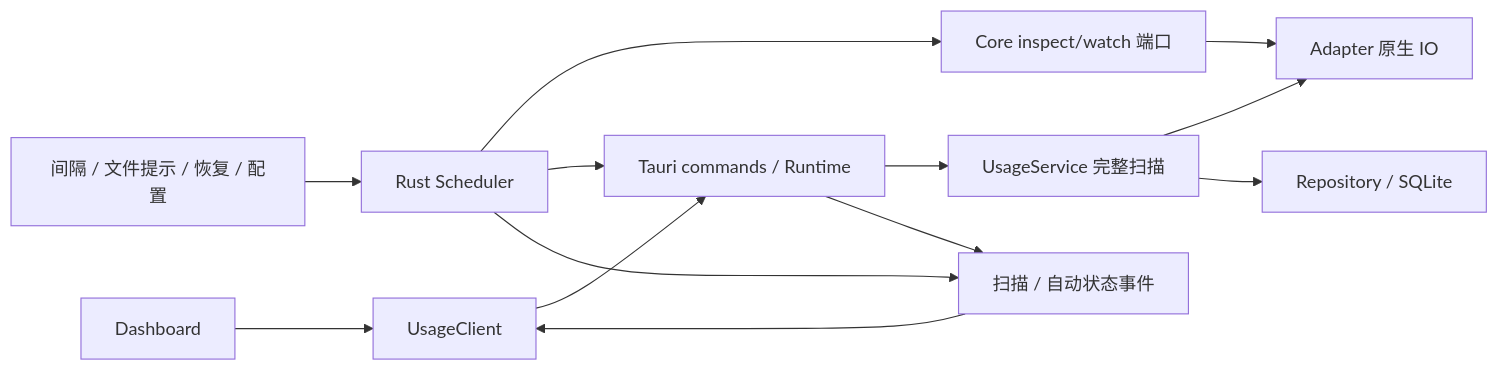
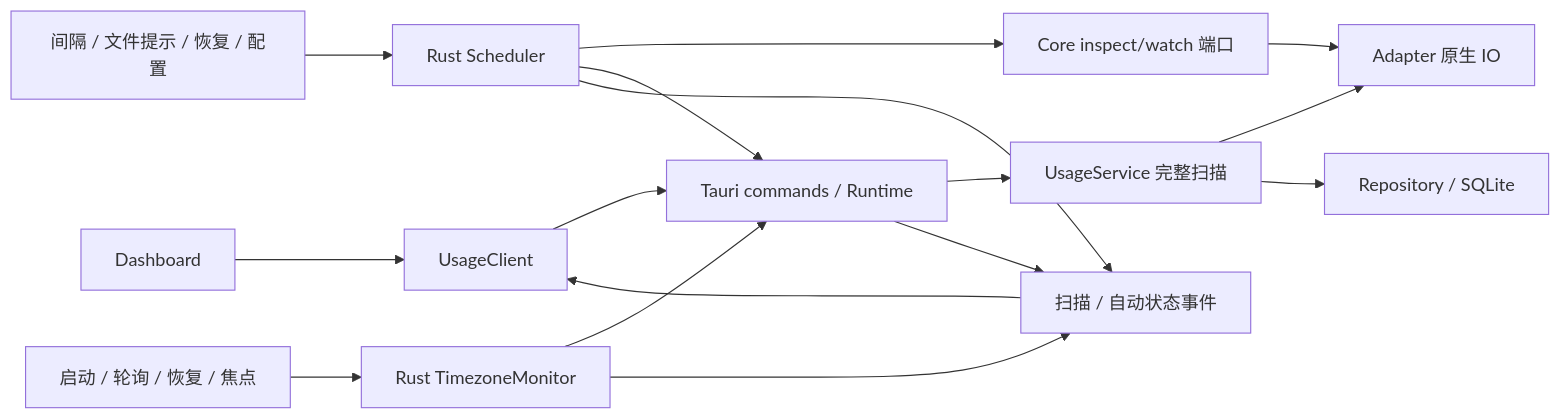
The diagram in docs/coordination/architecture.md (upuphero/agent-usage-dashboard), drawn with Mermaid before and after one commit. The commit also changed other lines of this file and 39 other files, not shown here.

````diff
--- a/docs/coordination/architecture.md
+++ b/docs/coordination/architecture.md
@@ -16,15 +19,18 @@
 ```mermaid
 flowchart LR
   UI[Dashboard] --> Client[UsageClient]
   Client --> Host[Tauri commands / Runtime]
   Trigger[间隔 / 文件提示 / 恢复 / 配置] --> Scheduler[Rust Scheduler]
+  Zone[启动 / 轮询 / 恢复 / 焦点] --> Monitor[Rust TimezoneMonitor]
+  Monitor --> Host
   Scheduler --> Inspect[Core inspect/watch 端口]
   Inspect --> IO[Adapter 原生 IO]
   Scheduler --> Host
   Host --> Core[UsageService 完整扫描]
   Core --> IO
   Core --> DB[Repository / SQLite]
   Host --> Events[扫描 / 自动状态事件]
   Scheduler --> Events
+  Monitor --> Events
   Events --> Client
 ```
````
